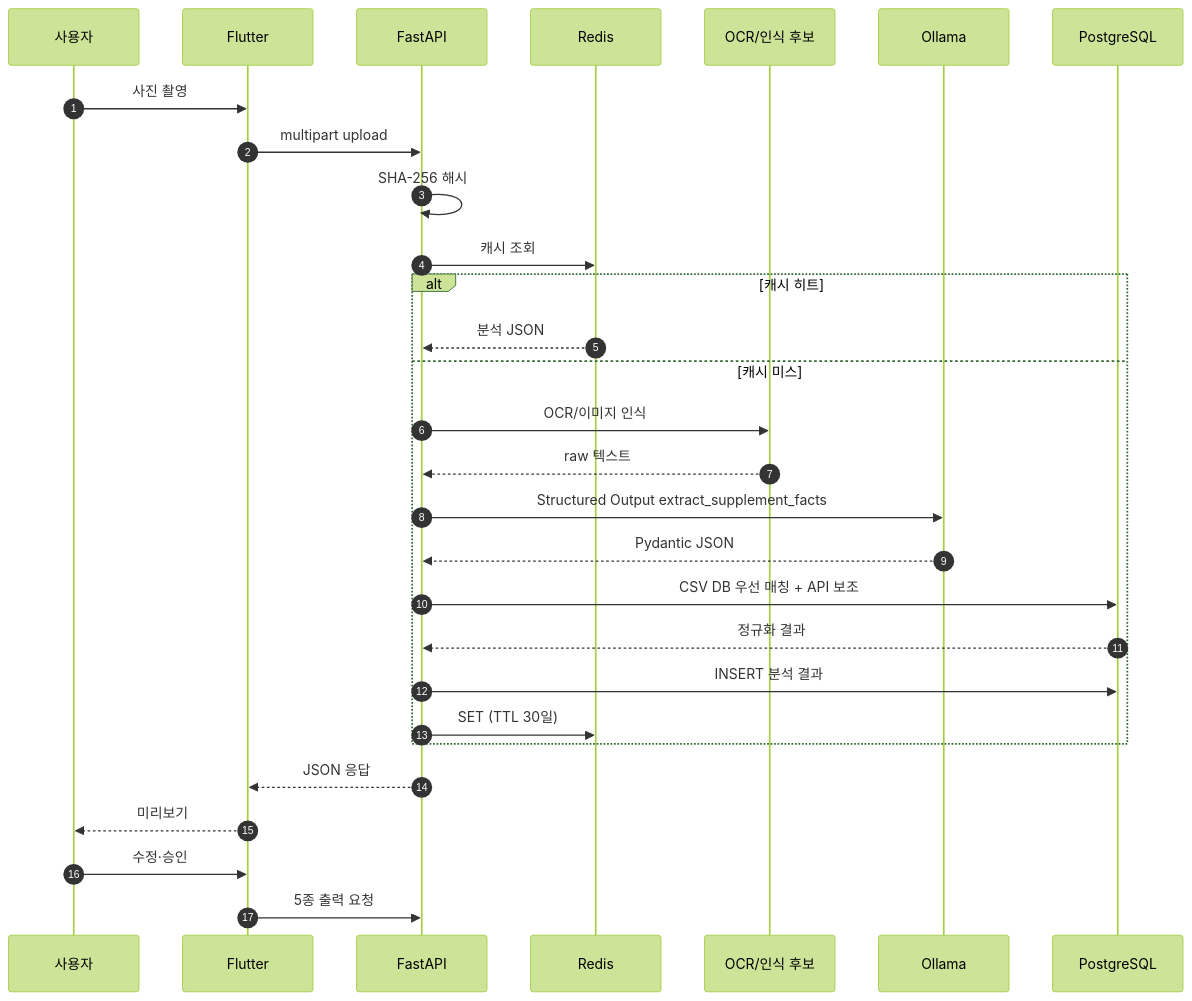
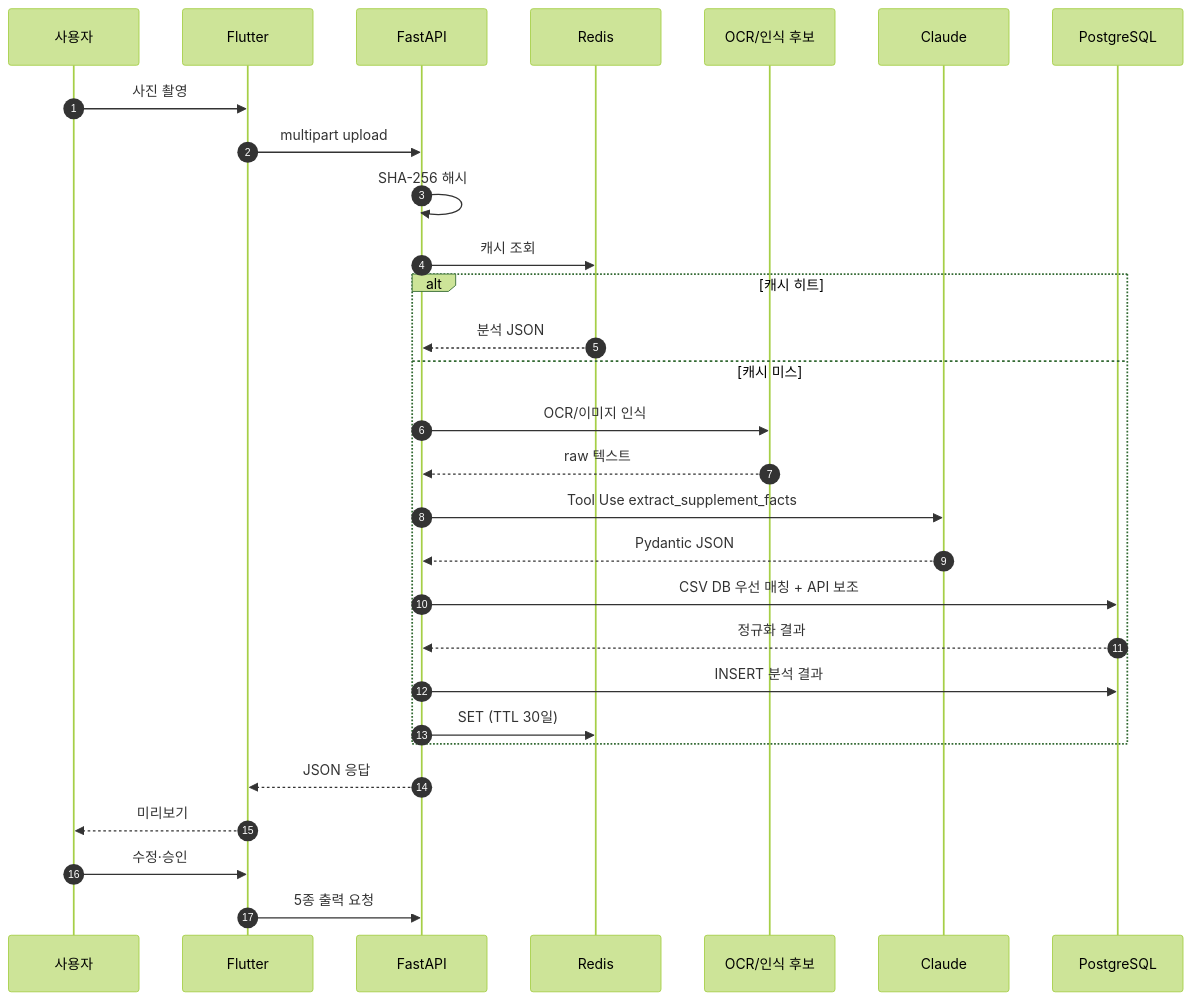
The sixth of 12 diagrams in PROJECT_GUIDE.md (Lemon-Aid-KDT/Lemon-sin), drawn with Mermaid (forest theme) before and after one commit. The commit also changed other lines of this file and 1 other file, not shown here.

````diff
--- a/PROJECT_GUIDE.md
+++ b/PROJECT_GUIDE.md
@@ -1000,32 +833,32 @@
 ```mermaid
 sequenceDiagram
     autonumber
     participant U as 사용자
     participant App as Flutter
     participant API as FastAPI
     participant R as Redis
     participant V as OCR/인식 후보
-    participant LLM as Ollama
+    participant C as Claude
     participant DB as PostgreSQL
 
     U->>App: 사진 촬영
     App->>API: multipart upload
     API->>API: SHA-256 해시
     API->>R: 캐시 조회
     alt 캐시 히트
         R-->>API: 분석 JSON
     else 캐시 미스
         API->>V: OCR/이미지 인식
         V-->>API: raw 텍스트
-        API->>LLM: Structured Output extract_supplement_facts
-        LLM-->>API: Pydantic JSON
+        API->>C: Tool Use extract_supplement_facts
+        C-->>API: Pydantic JSON
         API->>DB: CSV DB 우선 매칭 + API 보조
         DB-->>API: 정규화 결과
         API->>DB: INSERT 분석 결과
         API->>R: SET (TTL 30일)
     end
     API-->>App: JSON 응답
     App-->>U: 미리보기
     U->>App: 수정·승인
     App->>API: 5종 출력 요청
 ```
````
